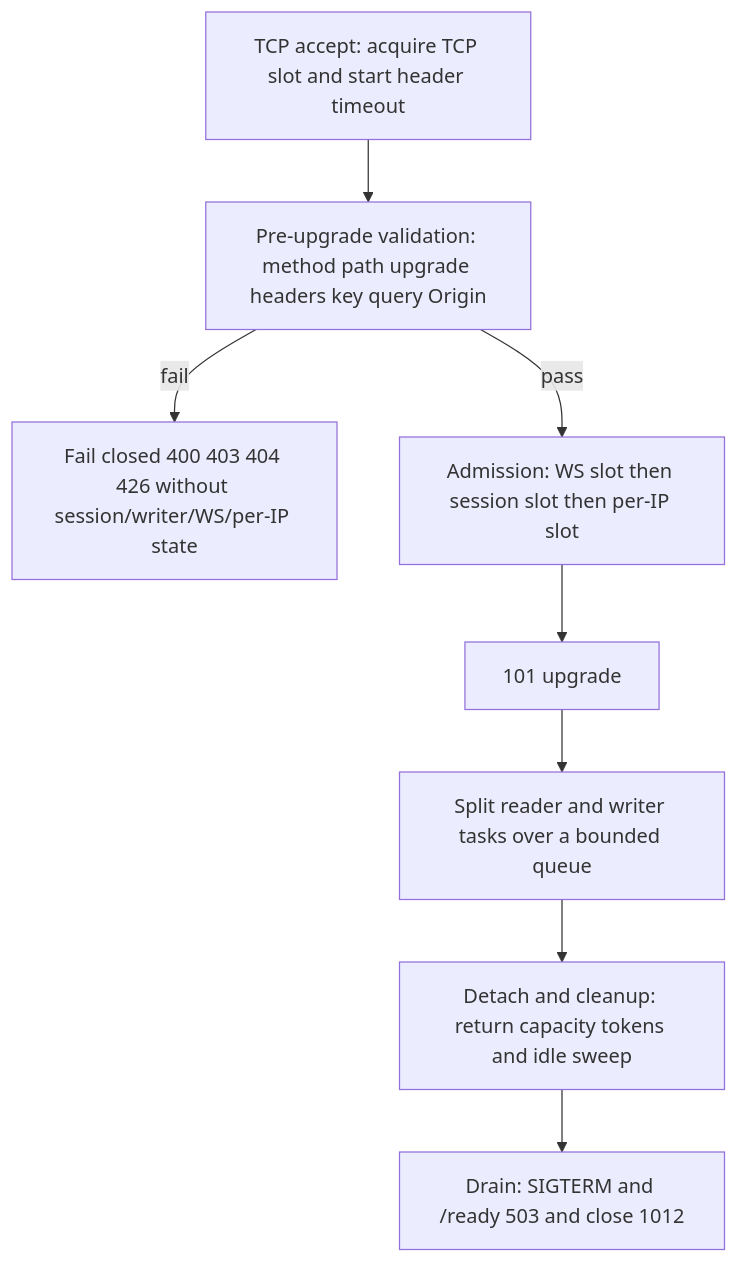
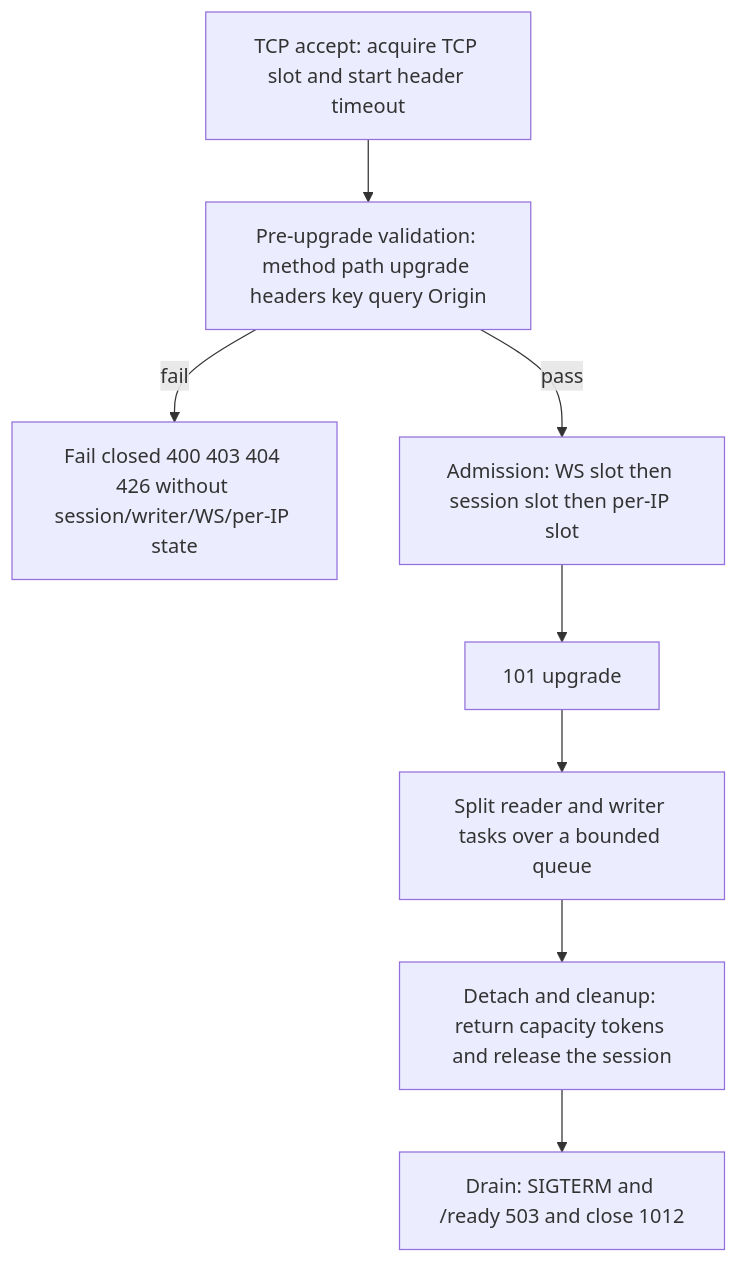
Before and after one commit to kfxhjz/paseo-relay: the diagram in DESIGN.md, drawn with Mermaid. The commit also changed other lines of this file and 27 other files, not shown here.

````diff
--- a/DESIGN.md
+++ b/DESIGN.md
@@ -80,10 +87,10 @@
 ```mermaid
 flowchart TD
   A["TCP accept: acquire TCP slot and start header timeout"] --> B["Pre-upgrade validation: method path upgrade headers key query Origin"]
   B -->|fail| C["Fail closed 400 403 404 426 without session/writer/WS/per-IP state"]
   B -->|pass| D["Admission: WS slot then session slot then per-IP slot"]
   D --> E["101 upgrade"]
   E --> F["Split reader and writer tasks over a bounded queue"]
-  F --> G["Detach and cleanup: return capacity tokens and idle sweep"]
+  F --> G["Detach and cleanup: return capacity tokens and release the session"]
   G --> H["Drain: SIGTERM and /ready 503 and close 1012"]
 ```
````
